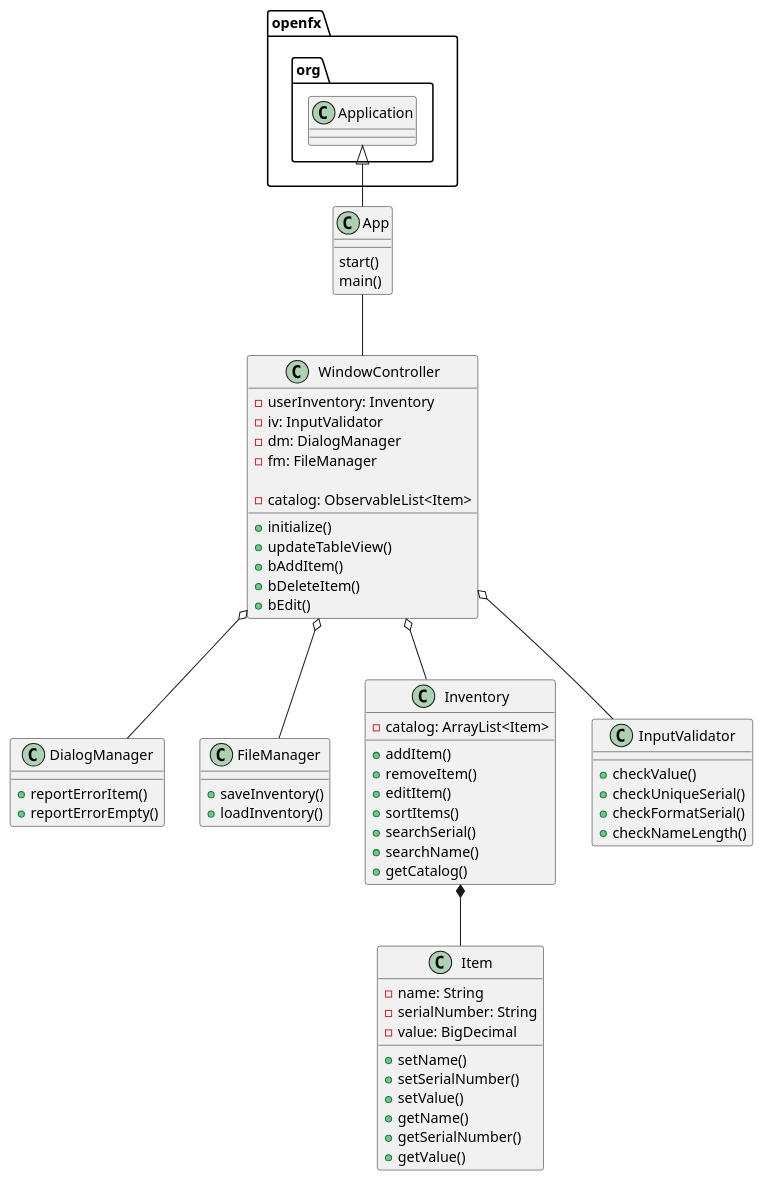
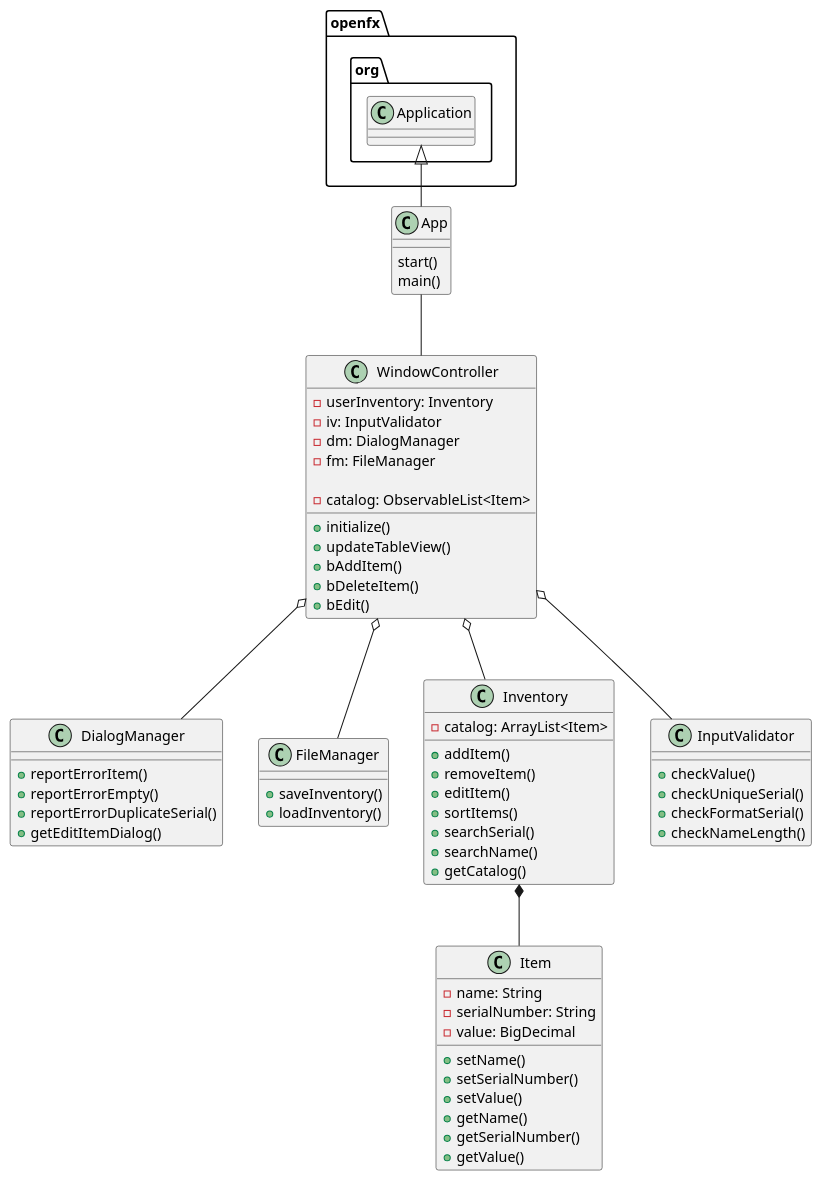
Before and after one commit to kingraham228/Ingraham-7945-a5: the diagram in uml/Inventory.puml, drawn with PlantUML. The commit also changed 2 other files, not shown here.

Commit message:
Buggy edit implementation

```diff
--- a/uml/Inventory.puml
+++ b/uml/Inventory.puml
@@ -1,71 +1,73 @@
 @startuml
 class App{
 start()
 main()
 }
 
 class WindowController{
 - userInventory: Inventory
 - iv: InputValidator
 - dm: DialogManager
 - fm: FileManager
 
 - catalog: ObservableList<Item>
 
 +initialize()
 +updateTableView()
 +bAddItem()
 +bDeleteItem()
 +bEdit()
 }
 
 class DialogManager{
 +reportErrorItem()
 +reportErrorEmpty()
++reportErrorDuplicateSerial()
++getEditItemDialog()
 }
 
 class FileManager{
 +saveInventory()
 +loadInventory()
 }
 
 class Inventory{
 - catalog: ArrayList<Item>
 
 +addItem()
 +removeItem()
 +editItem()
 +sortItems()
 +searchSerial()
 +searchName()
 +getCatalog()
 }
 
 class Item{
 -name: String
 -serialNumber: String
 -value: BigDecimal
 
 +setName()
 +setSerialNumber()
 +setValue()
 +getName()
 +getSerialNumber()
 +getValue()
 }
 
 class InputValidator{
 + checkValue()
 + checkUniqueSerial()
 + checkFormatSerial()
 + checkNameLength()
 }
 
 openfx.org.Application <|-- App
 App -- WindowController
 WindowController o-- DialogManager
 WindowController o-- FileManager
 WindowController o-- Inventory
 Inventory *-- Item
 WindowController o-- InputValidator
 @enduml
```
